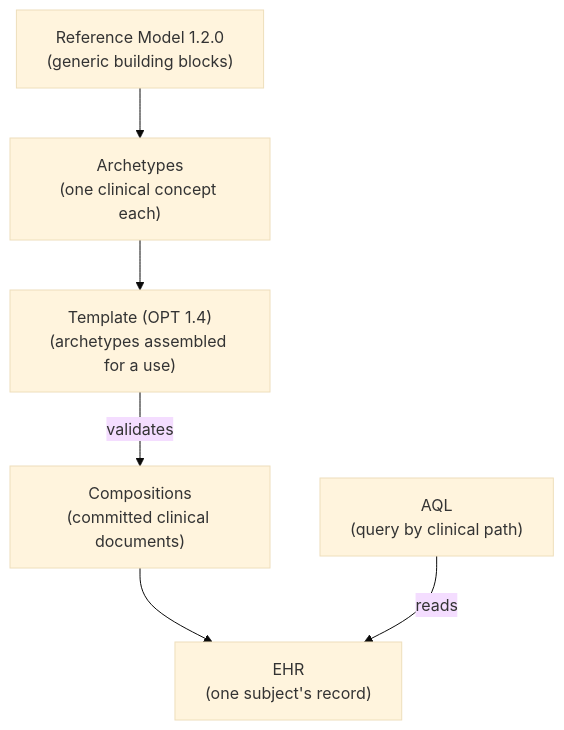
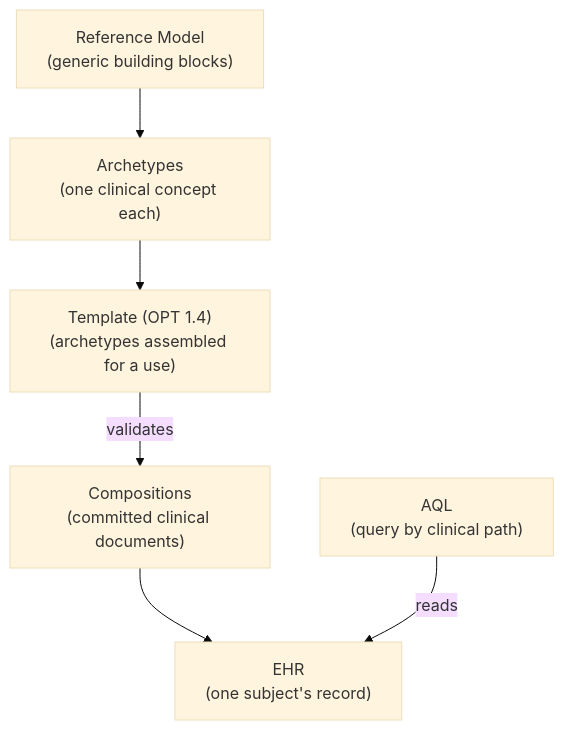
Before and after one commit to rubentalstra/FerroEHR: the diagram in website/book/src/concepts/openehr-primer.md, drawn with Mermaid (base theme). The commit also changed other lines of this file and 25 other files, not shown here.

````diff
--- a/website/book/src/concepts/openehr-primer.md
+++ b/website/book/src/concepts/openehr-primer.md
@@ -101,14 +109,14 @@
 ```mermaid
 flowchart TB
-    rm["Reference Model 1.2.0<br/>(generic building blocks)"]
+    rm["Reference Model<br/>(generic building blocks)"]
     arch["Archetypes<br/>(one clinical concept each)"]
     tmpl["Template (OPT 1.4)<br/>(archetypes assembled for a use)"]
     comp["Compositions<br/>(committed clinical documents)"]
     ehr["EHR<br/>(one subject's record)"]
     aql["AQL<br/>(query by clinical path)"]
 
     rm --> arch --> tmpl
     tmpl -->|validates| comp
     comp --> ehr
     aql -->|reads| ehr
 ```
````
